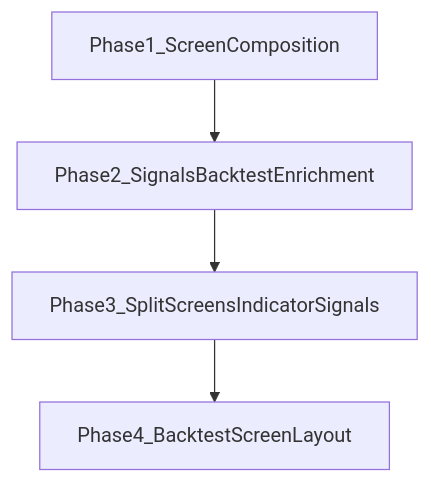
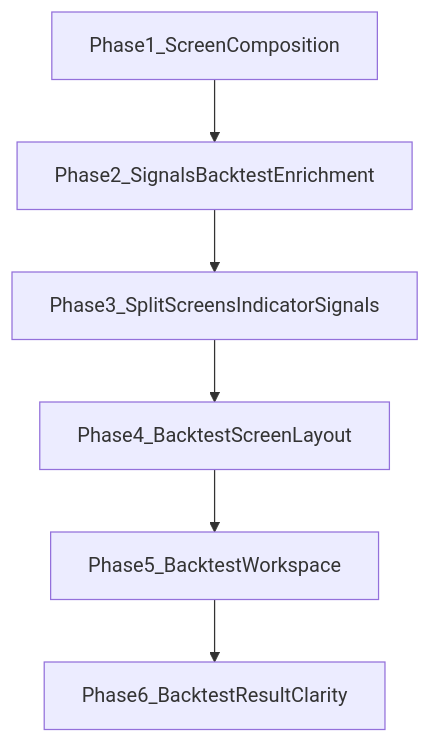
One commit to KenichiroArai/market-platform changed the diagram in docs/roadmap/v0/v0.3/v0.3.0.md. Above: the diagram before and after it, drawn with Mermaid. The commit also changed other lines of this file and 34 other files, not shown here.

````diff
--- a/docs/roadmap/v0/v0.3/v0.3.0.md
+++ b/docs/roadmap/v0/v0.3/v0.3.0.md
@@ -5,10 +5,14 @@
 ```mermaid
 flowchart TB
   p1[Phase1_ScreenComposition]
   p2[Phase2_SignalsBacktestEnrichment]
   p3[Phase3_SplitScreensIndicatorSignals]
   p4[Phase4_BacktestScreenLayout]
+  p5[Phase5_BacktestWorkspace]
+  p6[Phase6_BacktestResultClarity]
   p1 --> p2
   p2 --> p3
   p3 --> p4
+  p4 --> p5
+  p5 --> p6
 ```
````
